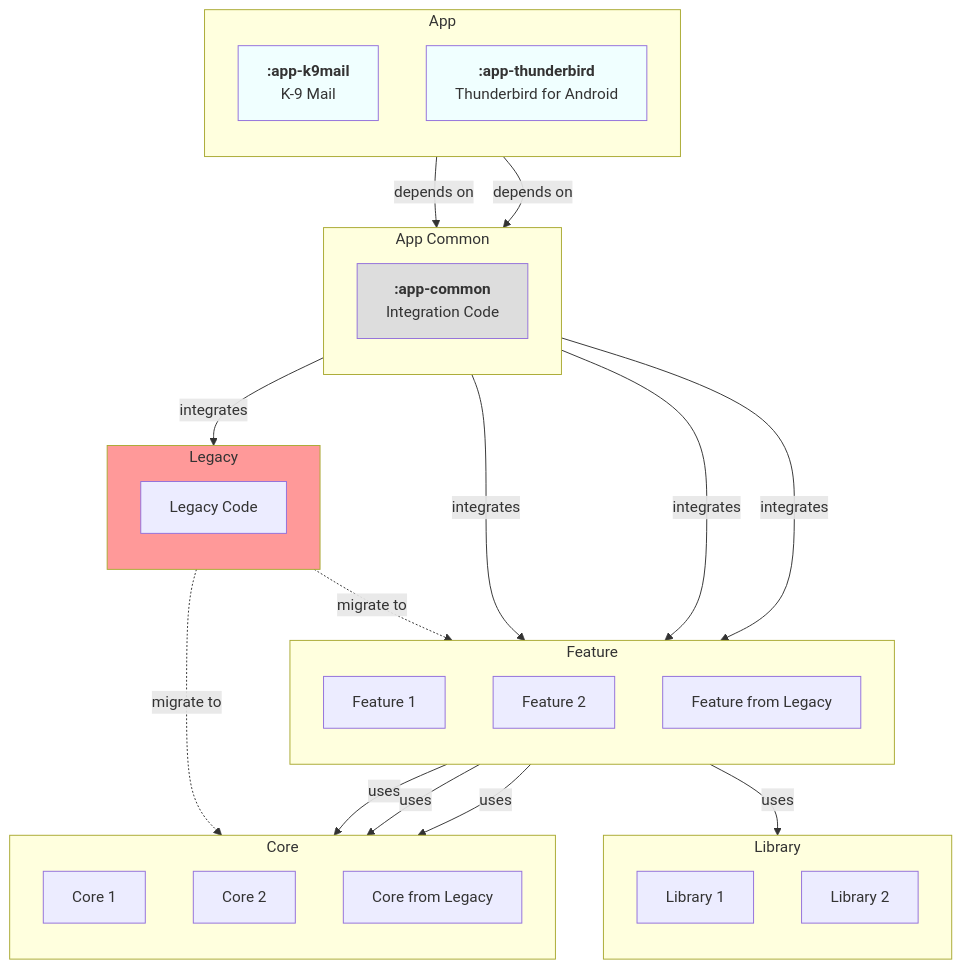
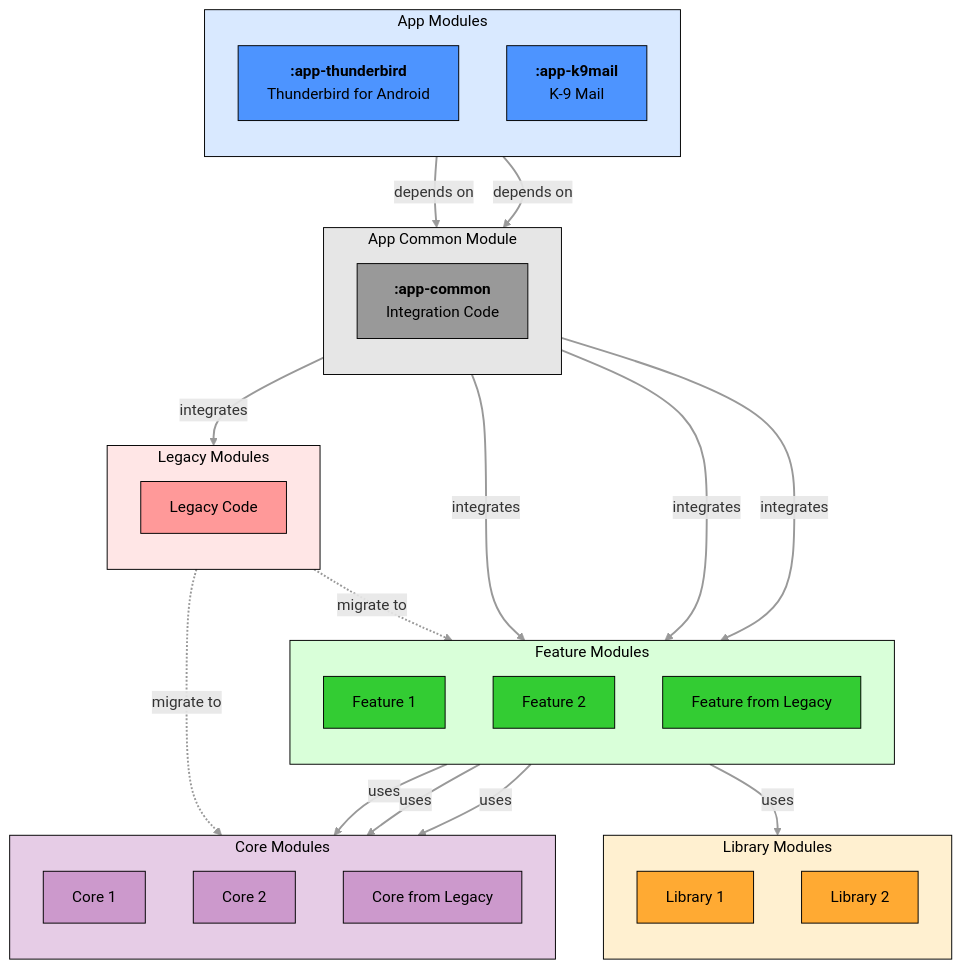
The second of 2 diagrams in docs/architecture/legacy-module-integration.md (thunderbird/thunderbird-android), drawn with Mermaid before and after one commit. The commit also changed other lines of this file and 5 other files, not shown here.

Commit message:
docs(architecture): improve diagram colors and unified styling and naming

````diff
--- a/docs/architecture/legacy-module-integration.md
+++ b/docs/architecture/legacy-module-integration.md
@@ -372,64 +380,79 @@
 ```mermaid
 graph TB
-    subgraph APP[App]
+    subgraph APP[App Modules]
         direction TB
+        APP_TB["`**:app-thunderbird**<br>Thunderbird for Android`"]
         APP_K9["`**:app-k9mail**<br>K-9 Mail`"]
-        APP_TB["`**:app-thunderbird**<br>Thunderbird for Android`"]
     end
 
-    subgraph COMMON[App Common]
+    subgraph COMMON[App Common Module]
         direction TB
-        APP_COMMON["`**:app-common**<br>Integration Code`"]
+        COMMON_APP["`**:app-common**<br>Integration Code`"]
     end
 
-    subgraph FEATURE[Feature]
+    subgraph FEATURE[Feature Modules]
         direction TB
         FEATURE1[Feature 1]
         FEATURE2[Feature 2]
         FEATURE3[Feature from Legacy]
     end
 
-    subgraph CORE[Core]
+    subgraph CORE[Core Modules]
         direction TB
         CORE1[Core 1]
         CORE2[Core 2]
         CORE3[Core from Legacy]
     end
 
-    subgraph LIBRARY[Library]
+    subgraph LIBRARY[Library Modules]
         direction TB
         LIB1[Library 1]
         LIB2[Library 2]
     end
 
-    subgraph LEGACY[Legacy]
+    subgraph LEGACY[Legacy Modules]
         direction TB
-        LEG[Legacy Code]
+        LEGACY_CODE[Legacy Code]
     end
 
-    APP_K9 --> |depends on| APP_COMMON
-    APP_TB --> |depends on| APP_COMMON
-    APP_COMMON --> |integrates| FEATURE1
-    APP_COMMON --> |integrates| FEATURE2
-    APP_COMMON --> |integrates| FEATURE3
+    APP_K9 --> |depends on| COMMON_APP
+    APP_TB --> |depends on| COMMON_APP
+    COMMON_APP --> |integrates| FEATURE1
+    COMMON_APP --> |integrates| FEATURE2
+    COMMON_APP --> |integrates| FEATURE3
     FEATURE1 --> |uses| CORE1
     FEATURE1 --> |uses| LIB2
     FEATURE2 --> |uses| CORE2
     FEATURE2 --> |uses| CORE3
-    APP_COMMON --> |integrates| LEG
-    LEG -.-> |migrate to| FEATURE3
-    LEG -.-> |migrate to| CORE3
+    COMMON_APP --> |integrates| LEGACY_CODE
+    LEGACY_CODE -.-> |migrate to| FEATURE3
+    LEGACY_CODE -.-> |migrate to| CORE3
 
-    classDef module fill:yellow
-    classDef app fill:azure
-    classDef app_common fill:#ddd
-    classDef featureK9 fill:#ffcccc,stroke:#cc0000
-    classDef featureTB fill:#ccccff,stroke:#0000cc
-    classDef legacy fill:#F99
+    classDef app fill:#d9e9ff,stroke:#000000,color:#000000
+    classDef app_module fill:#4d94ff,stroke:#000000,color:#000000
+    classDef common fill:#e6e6e6,stroke:#000000,color:#000000
+    classDef common_module fill:#999999,stroke:#000000,color:#000000
+    classDef feature fill:#d9ffd9,stroke:#000000,color:#000000
+    classDef feature_module fill:#33cc33,stroke:#000000,color:#000000
+    classDef core fill:#e6cce6,stroke:#000000,color:#000000
+    classDef core_module fill:#cc99cc,stroke:#000000,color:#000000
+    classDef library fill:#fff0d0,stroke:#000000,color:#000000
+    classDef library_module fill:#ffaa33,stroke:#000000,color:#000000
+    classDef legacy fill:#ffe6e6,stroke:#000000,color:#000000
+    classDef legacy_module fill:#ff9999,stroke:#000000,color:#000000
 
-    class APP_K9,APP_TB app
-    class APP_COMMON app_common
-    class FEATURE_K9 featureK9
-    class FEATURE_TB featureTB
+    linkStyle default stroke:#999,stroke-width:2px
+
+    class APP app
+    class APP_K9,APP_TB app_module
+    class COMMON common
+    class COMMON_APP common_module
+    class FEATURE feature
+    class FEATURE1,FEATURE2,FEATURE3 feature_module
+    class CORE core
+    class CORE1,CORE2,CORE3 core_module
+    class LIBRARY library
+    class LIB1,LIB2 library_module
     class LEGACY legacy
+    class LEGACY_CODE legacy_module
 ```
````
